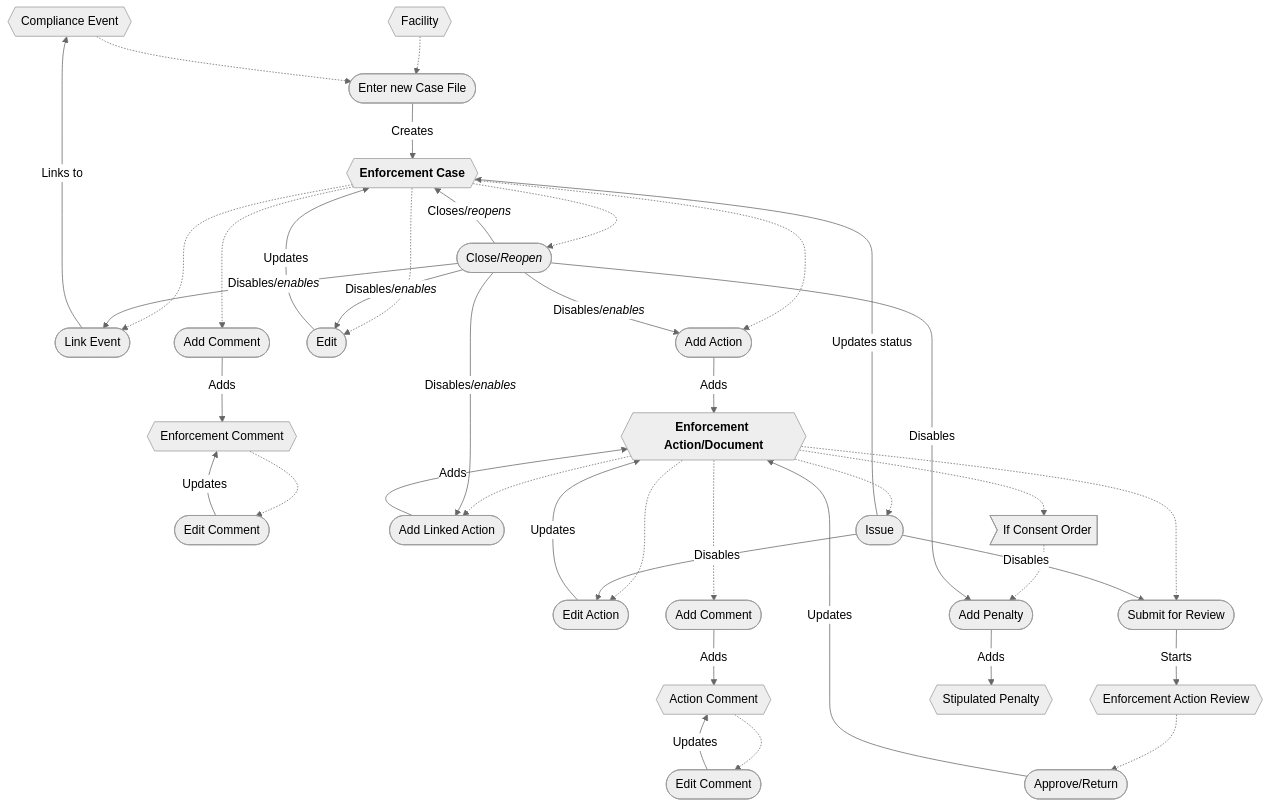
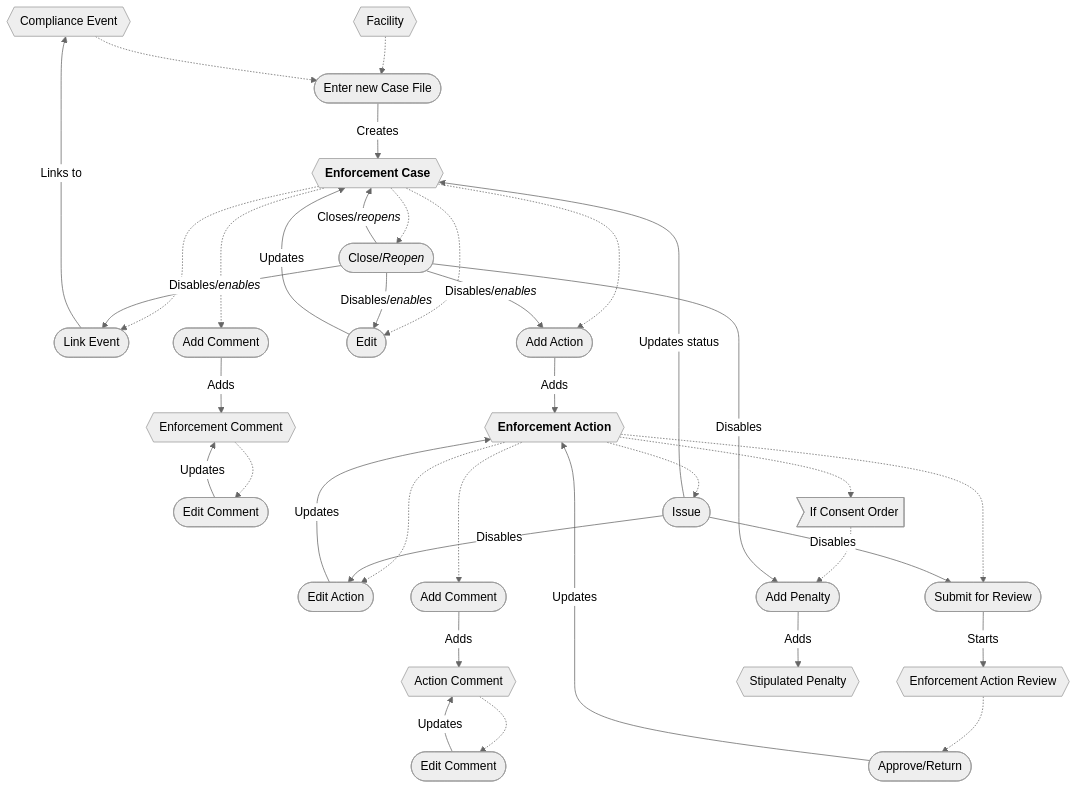
Before and after one commit to gaepdit/air-web: the diagram in docs/Workflows/Enforcement-workflow.md, drawn with Mermaid (neutral theme). The commit also changed other lines of this file and 17 other files, not shown here.

````diff
--- a/docs/Workflows/Enforcement-workflow.md
+++ b/docs/Workflows/Enforcement-workflow.md
@@ -41,71 +39,67 @@
 ```mermaid
 flowchart
     EVT{{Compliance Event}}
     FAC{{Facility}}
     ENF{{"`**Enforcement Case**`"}}
     CTE{{Enforcement Comment}}
-    ACT{{"`**Enforcement Action/Document**`"}}
+    ACT{{"`**Enforcement Action**`"}}
     REV{{"Enforcement Action Review"}}
     CTA{{Action Comment}}
     STP{{Stipulated Penalty}}
 
     link([Link Event])
     add([Enter new Case File])
     comment([Add Comment])
     editEnf([Edit])
     addAction([Add Action])
     close(["`Close/*Reopen*`"])
     editComment([Edit Comment])
     editAction([Edit Action])
-    addLinkedAction([Add Linked Action])
     commentAction([Add Comment])
     editCommentAction([Edit Comment])
     review([Submit for Review])
     respond([Approve/Return])
     issue([Issue])
     penalty([Add Penalty])
 
     IfCO>If Consent Order]
 
     FAC -.-> add
     ENF -.-> link
     EVT -.-> add
     ENF -.-> editEnf
     ENF -.-> close
     ENF -..-> comment
     ENF -.-> addAction
-    ACT -.-> addLinkedAction
     CTE -.-> editComment
     ACT -..-> commentAction
     ACT -.-> editAction
     ACT -.-> review
     ACT -.-> issue
     CTA -.-> editCommentAction
     REV -.-> respond
     ACT -.-> IfCO -.-> penalty
 
     close -->|"`Disables/*enables*`"| addAction
-    close -->|"`Disables/*enables*`"| addLinkedAction
     close -->|"`Disables/*enables*`"| editEnf
     close -->|"`Disables/*enables*`"| link
     issue -->|Disables| editAction
     issue -->|Disables| review
 
     add -->|Creates| ENF
     addAction -->|Adds| ACT
-    addLinkedAction -->|Adds| ACT
     close -->|"`Closes/*reopens*`"| ENF
     close -->|Disables| penalty
     comment -->|Adds| CTE
     commentAction -->|Adds| CTA
     editAction -->|Updates| ACT
     editComment -->|Updates| CTE
     editCommentAction -->|Updates| CTA
     editEnf -->|Updates| ENF
     issue -->|Updates status| ENF
     link -->|Links to| EVT
     penalty -->|Adds| STP
     respond -->|Updates| ACT
     review -->|Starts| REV
 
 ```
````
